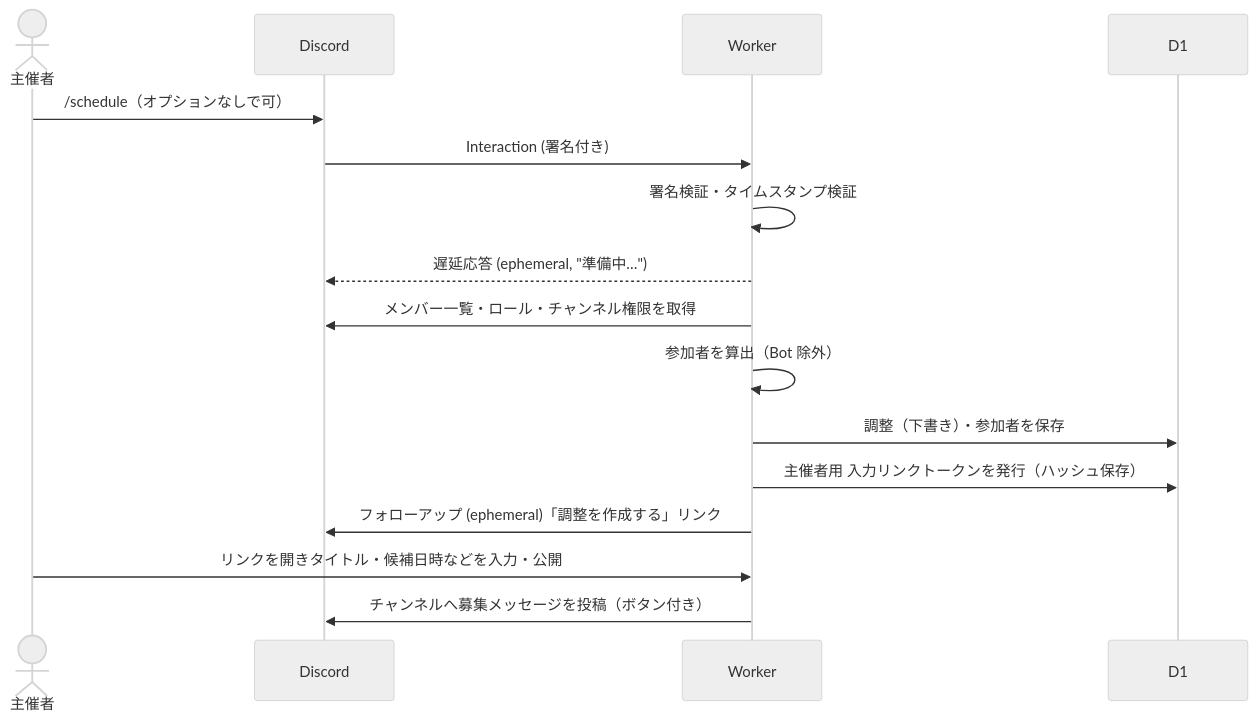
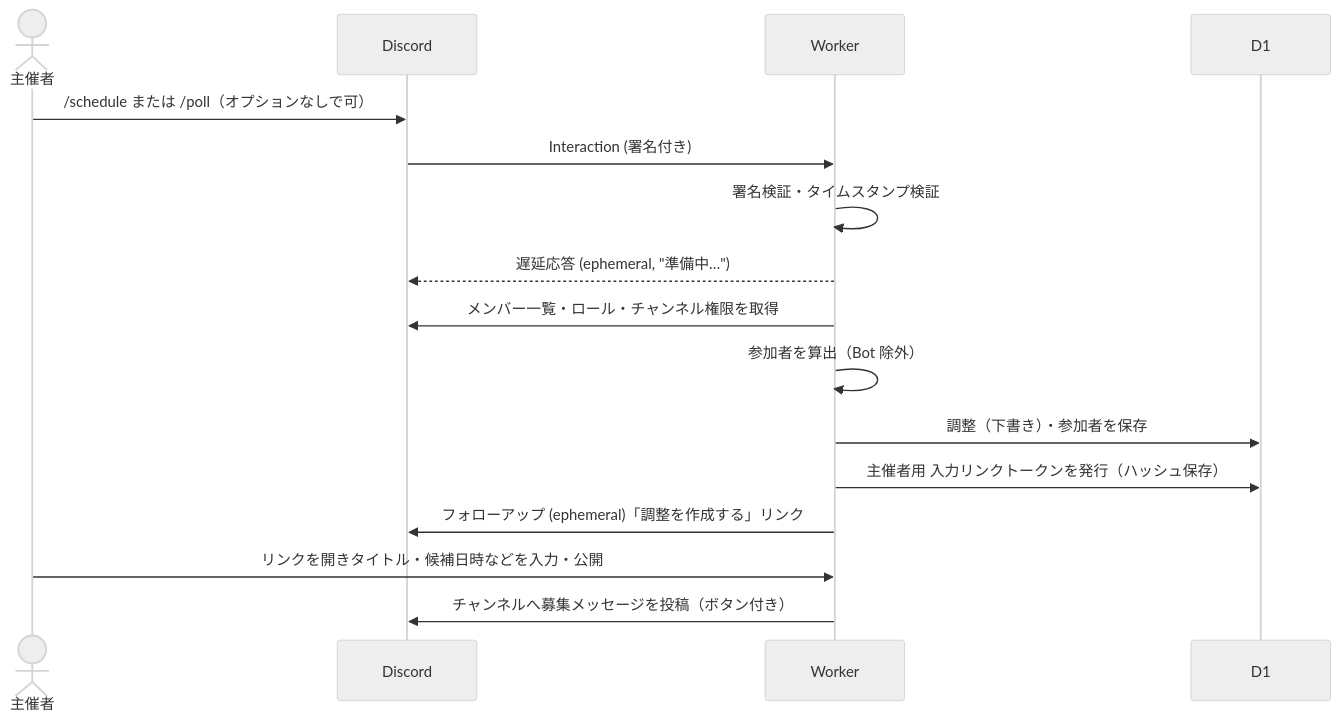
The second of 5 diagrams in docs/design.md (etlit-r/DIscheduler), drawn with Mermaid (neutral theme) before and after one commit. The commit also changed other lines of this file and 4 other files, not shown here.

First line of the commit message:
コマンドを /schedule と別名 /poll に絞り、一覧・管理・使い方を応答のボタンにまとめる

````diff
--- a/docs/design.md
+++ b/docs/design.md
@@ -109,19 +109,19 @@
 ```mermaid
 sequenceDiagram
   actor O as 主催者
   participant D as Discord
   participant W as Worker
   participant DB as D1
 
-  O->>D: /schedule（オプションなしで可）
+  O->>D: /schedule または /poll（オプションなしで可）
   D->>W: Interaction (署名付き)
   W->>W: 署名検証・タイムスタンプ検証
   W-->>D: 遅延応答 (ephemeral, "準備中…")
   W->>D: メンバー一覧・ロール・チャンネル権限を取得
   W->>W: 参加者を算出（Bot 除外）
   W->>DB: 調整（下書き）・参加者を保存
   W->>DB: 主催者用 入力リンクトークンを発行（ハッシュ保存）
   W->>D: フォローアップ (ephemeral)「調整を作成する」リンク
   O->>W: リンクを開きタイトル・候補日時などを入力・公開
   W->>D: チャンネルへ募集メッセージを投稿（ボタン付き）
 ```
````
